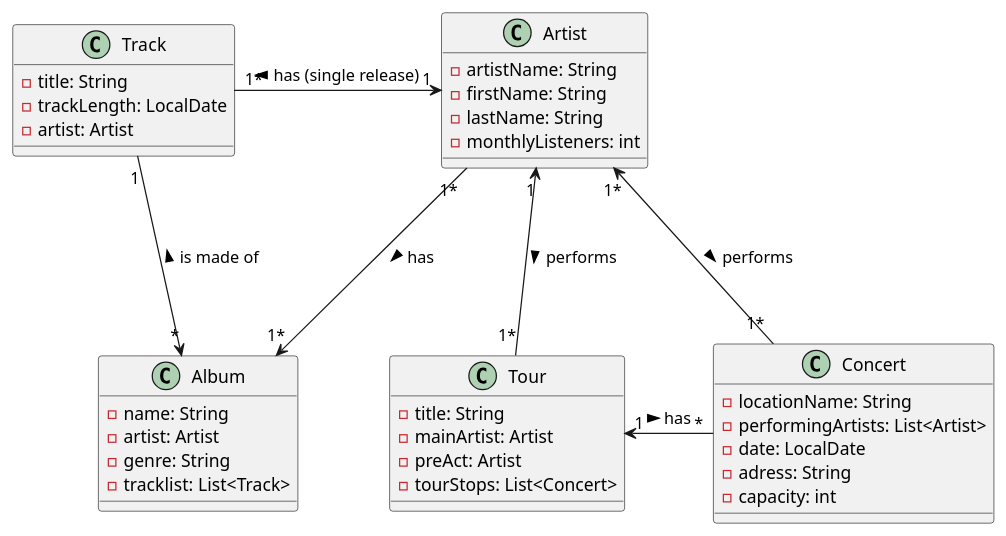
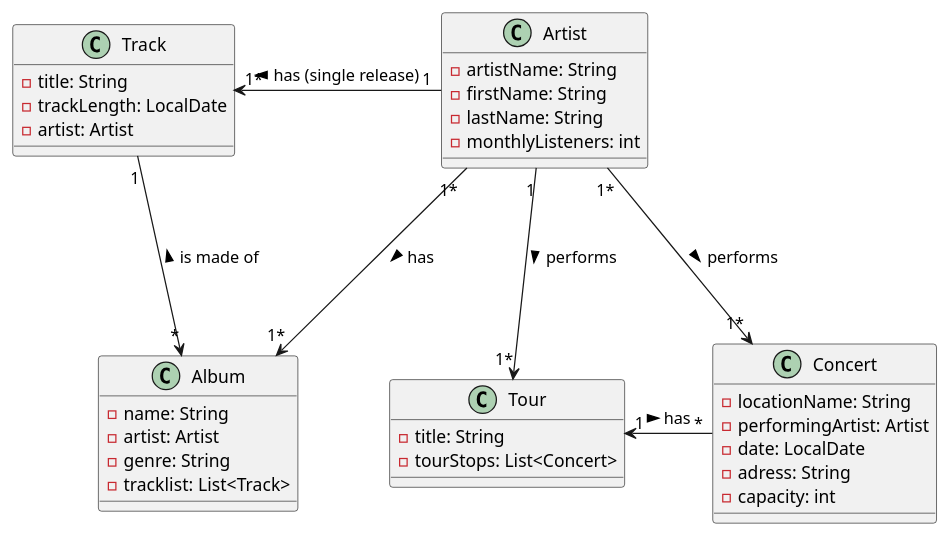
Before and after one commit to 2122-5ahitm-sew/01-microproject-thoefler: the diagram in asciidocs/plantuml/cld2.puml, drawn with PlantUML.

Commit message:
corrected cld directions

```diff
--- a/asciidocs/plantuml/cld2.puml
+++ b/asciidocs/plantuml/cld2.puml
@@ -1,47 +1,45 @@
 @startuml
 skinparam linetype polyline
 
 class Artist {
  - artistName: String
  - firstName: String
  - lastName: String
  - monthlyListeners: int
 }
 
 class Album {
  - name: String
  - artist: Artist
  - genre: String
  - tracklist: List<Track>
 }
 
 class Track {
  - title: String
  - trackLength: LocalDate
  - artist: Artist
 }
 
 class Tour {
     - title: String
-    - mainArtist: Artist
-    - preAct: Artist
     - tourStops: List<Concert>
 }
 
 class Concert {
     - locationName: String
-    - performingArtists: List<Artist>
+    - performingArtist: Artist
     - date: LocalDate
     - adress: String
     - capacity: int
 }
 
 
 Artist "1*" -right--> "1*" Album: has >
-Artist "1" <-left-- "1*" Track: has (single release) >
-Artist "1" <--- "1*" Tour: performs >
-Artist "1*" <--- "1*" Concert: performs >
+Artist "1" -left--> "1*" Track: has (single release) >
+Artist "1" ---> "1*" Tour: performs >
+Artist "1*" ---> "1*" Concert: performs >
 Album "*" <--- "1" Track: is made of >
 Tour "1" <-right-- "*" Concert: has >
 
 @enduml
```
